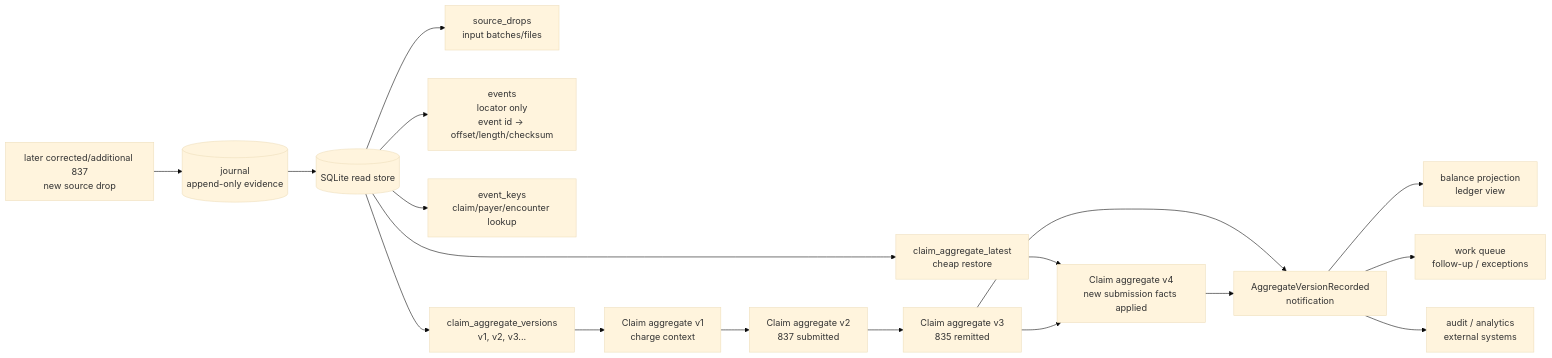
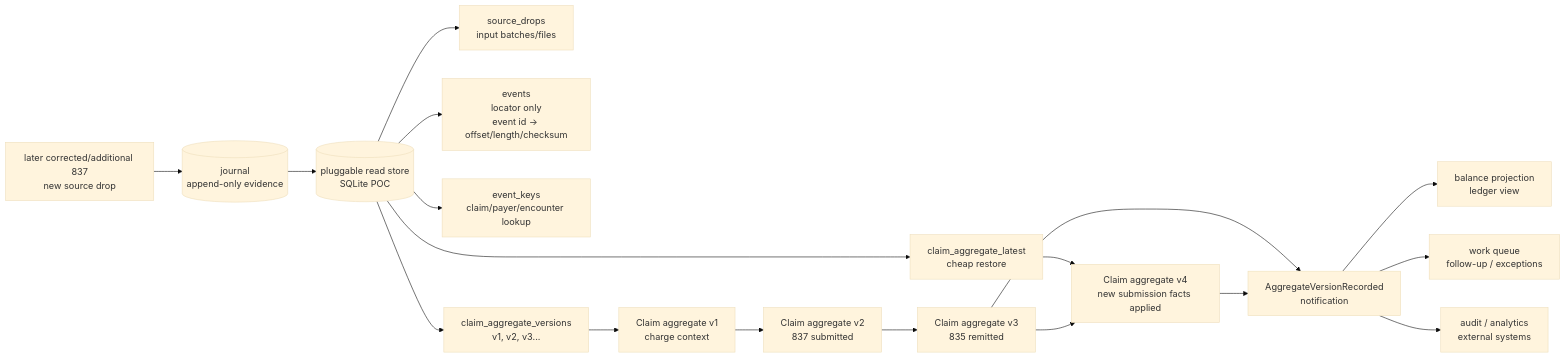
One commit to AlexJReid/scribe changed the second of 2 diagrams in README.md. Above: the diagram before and after it, drawn with Mermaid (base theme). The commit also changed other lines of this file, not shown here.

````diff
--- a/README.md
+++ b/README.md
@@ -81,39 +85,39 @@
 ```mermaid
 flowchart LR
     journal[("journal<br/>append-only evidence")]
-    readstore[("SQLite read store")]
+    readstore[("pluggable read store<br/>SQLite POC")]
     drops["source_drops<br/>input batches/files"]
     events["events<br/>locator only<br/>event id -> offset/length/checksum"]
     keys["event_keys<br/>claim/payer/encounter lookup"]
     versions["claim_aggregate_versions<br/>v1, v2, v3..."]
     latest["claim_aggregate_latest<br/>cheap restore"]
     agg1["Claim aggregate v1<br/>charge context"]
     agg2["Claim aggregate v2<br/>837 submitted"]
     agg3["Claim aggregate v3<br/>835 remitted"]
     later837["later corrected/additional 837<br/>new source drop"]
     agg4["Claim aggregate v4<br/>new submission facts applied"]
     notify["AggregateVersionRecorded<br/>notification"]
     balance["balance projection<br/>ledger view"]
     workq["work queue<br/>follow-up / exceptions"]
     audit["audit / analytics<br/>external systems"]
 
     journal --> readstore
     readstore --> drops
     readstore --> events
     readstore --> keys
     readstore --> versions
     readstore --> latest
     versions --> agg1
     agg1 --> agg2
     agg2 --> agg3
 
     later837 --> journal
     latest --> agg4
     agg3 --> agg4
 
     agg3 --> notify
     agg4 --> notify
     notify --> balance
     notify --> workq
     notify --> audit
 ```
````
